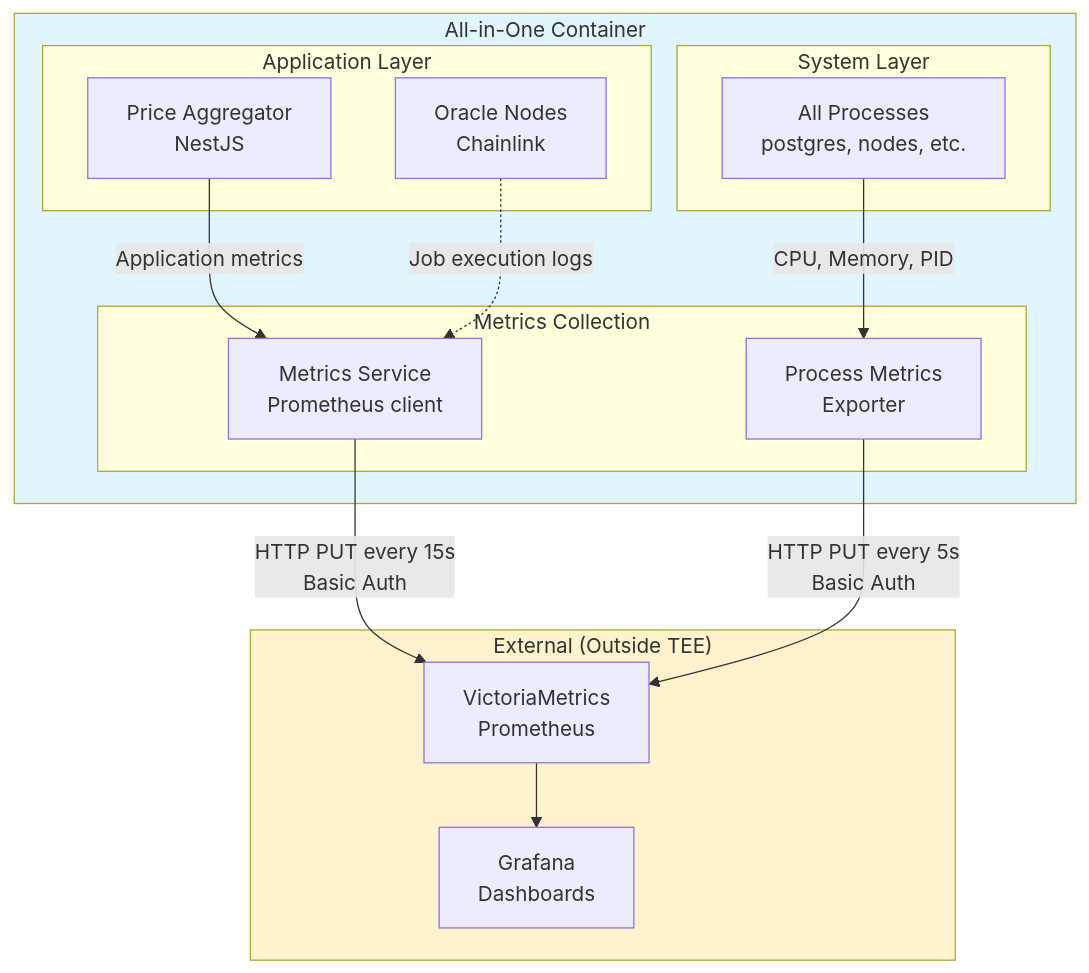
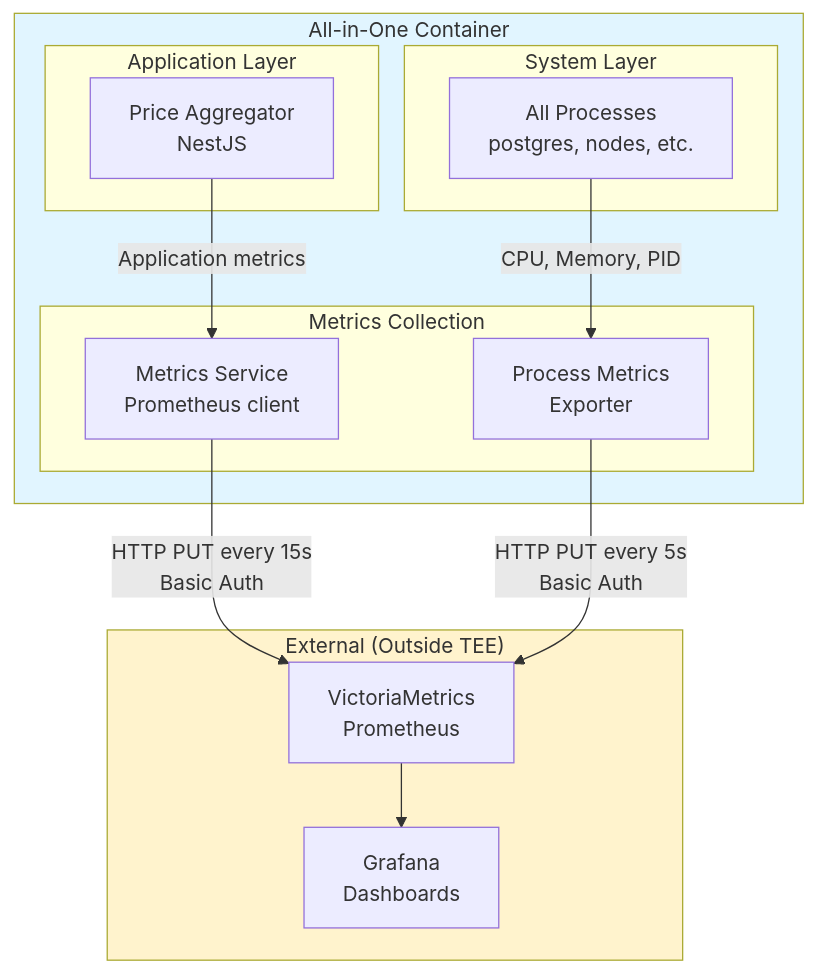
One commit to Super-Protocol/chainlink changed the seventh of 9 diagrams in docs/ARCHITECTURE.md. Above: the diagram before and after it, drawn with Mermaid. The commit also changed other lines of this file and 11 other files, not shown here.

````diff
--- a/docs/ARCHITECTURE.md
+++ b/docs/ARCHITECTURE.md
@@ -929,36 +749,34 @@
 ```mermaid
 graph TD
-    subgraph Container["All-in-One Container"]
-        subgraph Apps["Application Layer"]
-            PA[Price Aggregator<br/>NestJS]
-            ON[Oracle Nodes<br/>Chainlink]
-        end
-
-        subgraph System["System Layer"]
-            PROC[All Processes<br/>postgres, nodes, etc.]
-        end
-
-        subgraph Metrics["Metrics Collection"]
-            PAM[Metrics Service<br/>Prometheus client]
-            PME[Process Metrics<br/>Exporter]
-        end
+  subgraph Container["All-in-One Container"]
+    subgraph Apps["Application Layer"]
+      PA[Price Aggregator<br/>NestJS]
     end
 
-    subgraph External["External (Outside TEE)"]
-        PROM[VictoriaMetrics<br/>Prometheus]
-        DASH[Grafana<br/>Dashboards]
+    subgraph System["System Layer"]
+      PROC[All Processes<br/>postgres, nodes, etc.]
     end
 
-    PA -->|Application metrics| PAM
-    ON -.->|Job execution logs| PAM
+    subgraph Metrics["Metrics Collection"]
+      PAM[Metrics Service<br/>Prometheus client]
+      PME[Process Metrics<br/>Exporter]
+    end
+  end
 
-    PROC -->|CPU, Memory, PID| PME
+  subgraph External["External (Outside TEE)"]
+    PROM[VictoriaMetrics<br/>Prometheus]
+    DASH[Grafana<br/>Dashboards]
+  end
 
-    PAM -->|HTTP PUT every 15s<br/>Basic Auth| PROM
-    PME -->|HTTP PUT every 5s<br/>Basic Auth| PROM
+  PA -->|Application metrics| PAM
 
-    PROM --> DASH
+  PROC -->|CPU, Memory, PID| PME
 
-    style Container fill:#e1f5ff
-    style External fill:#fff3cd
+  PAM -->|HTTP PUT every 15s<br/>Basic Auth| PROM
+  PME -->|HTTP PUT every 5s<br/>Basic Auth| PROM
+
+  PROM --> DASH
+
+  style Container fill:#e1f5ff
+  style External fill:#fff3cd
 ```
````
